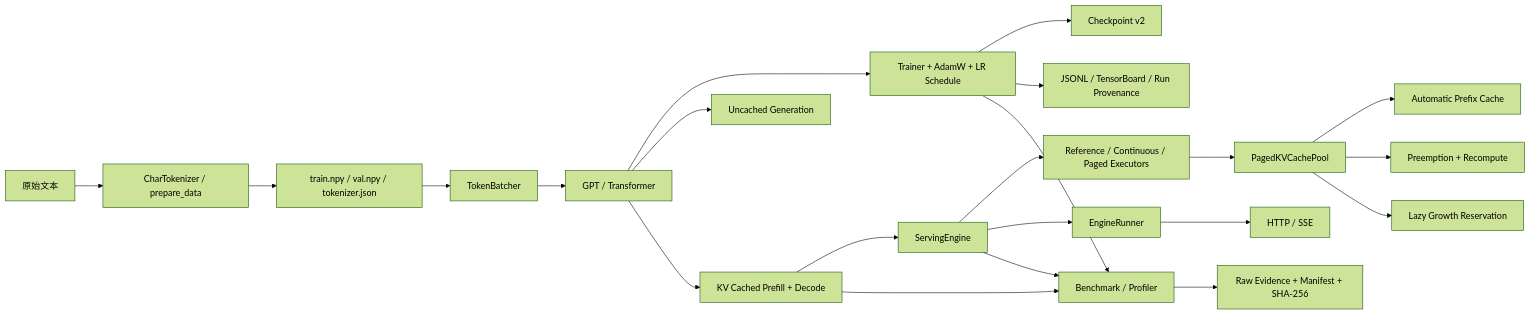
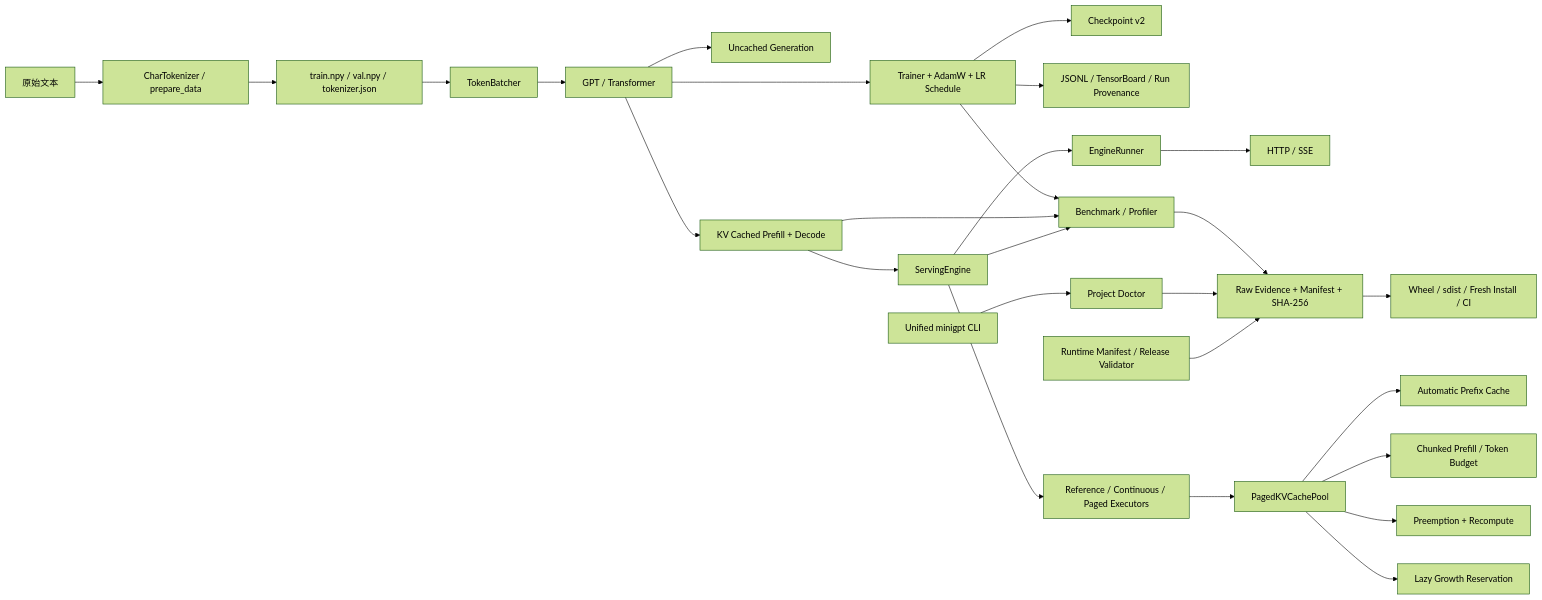
One commit to ericheee111/miniGPT changed the diagram in docs/PROJECT_OVERVIEW.md. Above: the diagram before and after it, drawn with Mermaid (forest theme). The commit also changed other lines of this file and 6 other files, not shown here.

````diff
--- a/docs/PROJECT_OVERVIEW.md
+++ b/docs/PROJECT_OVERVIEW.md
@@ -66,27 +71,33 @@
 ```mermaid
 flowchart LR
     A[原始文本] --> B[CharTokenizer / prepare_data]
     B --> C[train.npy / val.npy / tokenizer.json]
     C --> D[TokenBatcher]
     D --> E[GPT / Transformer]
     E --> F[Trainer + AdamW + LR Schedule]
     F --> G[Checkpoint v2]
     F --> H[JSONL / TensorBoard / Run Provenance]
 
     E --> I[Uncached Generation]
     E --> J[KV Cached Prefill + Decode]
     J --> K[ServingEngine]
     K --> L[Reference / Continuous / Paged Executors]
     K --> M[EngineRunner]
     M --> N[HTTP / SSE]
 
     L --> O[PagedKVCachePool]
     O --> P[Automatic Prefix Cache]
-    O --> Q[Preemption + Recompute]
-    O --> R[Lazy Growth Reservation]
+    O --> Q[Chunked Prefill / Token Budget]
+    O --> R[Preemption + Recompute]
+    O --> S[Lazy Growth Reservation]
 
-    F --> S[Benchmark / Profiler]
-    J --> S
-    K --> S
-    S --> T[Raw Evidence + Manifest + SHA-256]
+    F --> T[Benchmark / Profiler]
+    J --> T
+    K --> T
+    T --> U[Raw Evidence + Manifest + SHA-256]
+
+    V[Unified minigpt CLI] --> W[Project Doctor]
+    W --> U
+    X[Runtime Manifest / Release Validator] --> U
+    U --> Y[Wheel / sdist / Fresh Install / CI]
 ```
````
